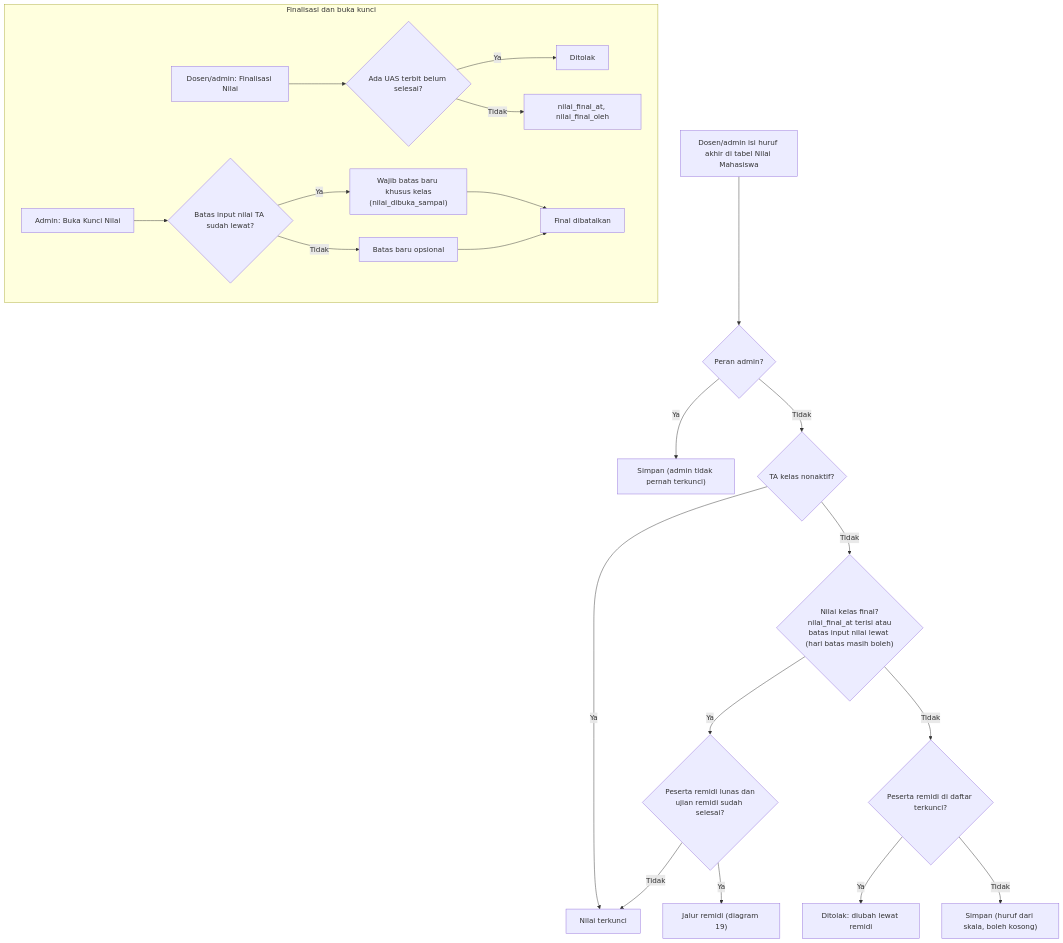
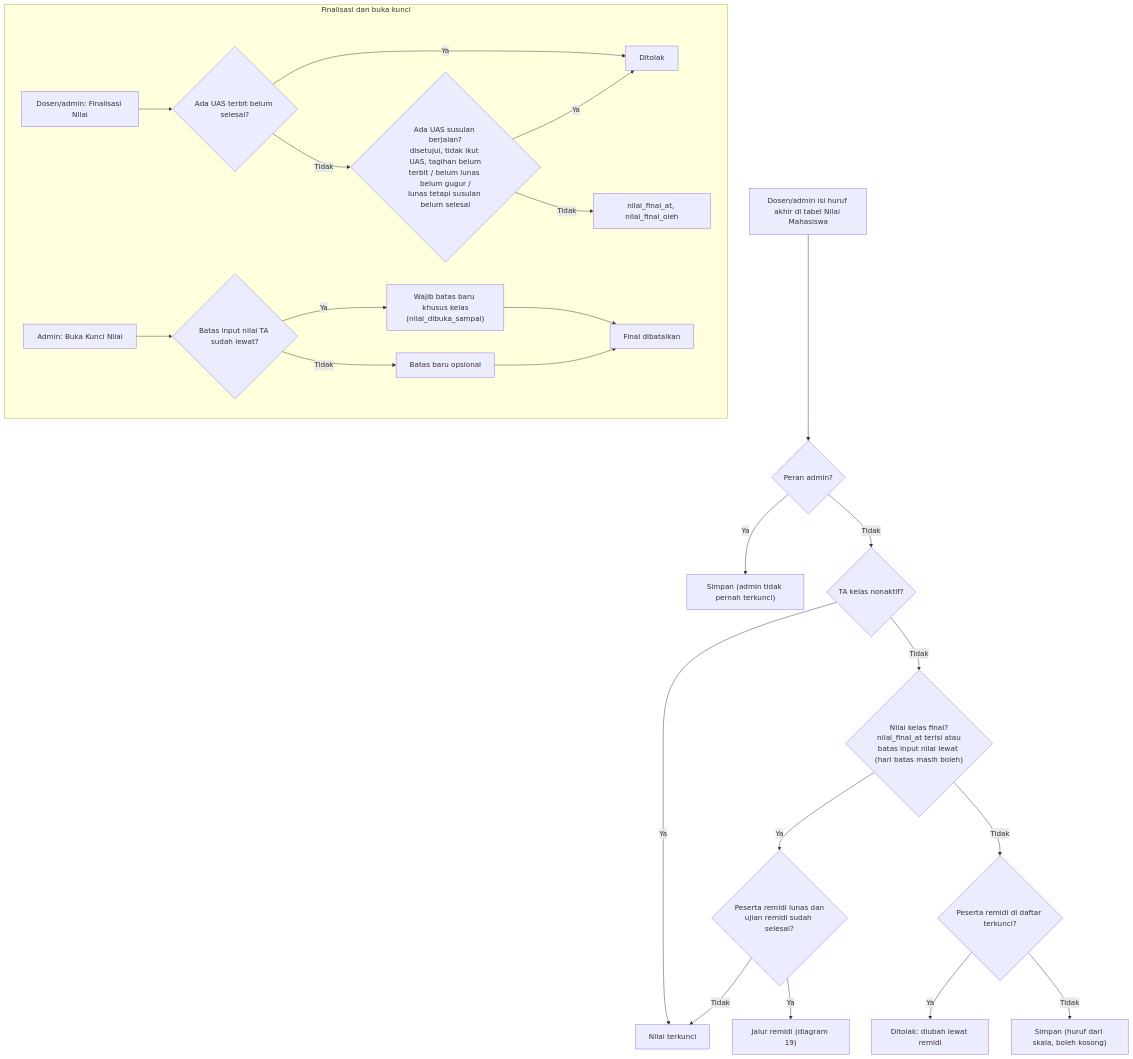
One commit to Velocity-Developer/sia-vd changed diagram 16 of 24 in docs/system-flowchart.md. Above: the diagram before and after it, drawn with Mermaid. The commit also changed other lines of this file and 3 other files, not shown here.

Commit message:
docs: alur & flowchart ujian susulan

````diff
--- a/docs/system-flowchart.md
+++ b/docs/system-flowchart.md
@@ -437,25 +441,27 @@
 ```mermaid
 flowchart TD
     A["Dosen/admin isi huruf akhir di tabel Nilai Mahasiswa"] --> B{"Peran admin?"}
     B -- Ya --> Z["Simpan (admin tidak pernah terkunci)"]
     B -- Tidak --> C{"TA kelas nonaktif?"}
     C -- Ya --> X["Nilai terkunci"]
     C -- Tidak --> D{"Nilai kelas final?<br/>nilai_final_at terisi atau<br/>batas input nilai lewat (hari batas masih boleh)"}
     D -- Ya --> R{"Peserta remidi lunas dan<br/>ujian remidi sudah selesai?"}
     R -- Ya --> RR["Jalur remidi (diagram 19)"]
     R -- Tidak --> X
     D -- Tidak --> P{"Peserta remidi di daftar terkunci?"}
     P -- Ya --> X2["Ditolak: diubah lewat remidi"]
     P -- Tidak --> Z2["Simpan (huruf dari skala, boleh kosong)"]
 
     subgraph Final["Finalisasi dan buka kunci"]
         F1["Dosen/admin: Finalisasi Nilai"] --> F2{"Ada UAS terbit belum selesai?"}
         F2 -- Ya --> F3["Ditolak"]
-        F2 -- Tidak --> F4["nilai_final_at, nilai_final_oleh"]
+        F2 -- Tidak --> F5{"Ada UAS susulan berjalan?<br/>disetujui, tidak ikut UAS, tagihan belum<br/>terbit / belum lunas belum gugur /<br/>lunas tetapi susulan belum selesai"}
+        F5 -- Ya --> F3
+        F5 -- Tidak --> F4["nilai_final_at, nilai_final_oleh"]
         G1["Admin: Buka Kunci Nilai"] --> G2{"Batas input nilai TA sudah lewat?"}
         G2 -- Ya --> G3["Wajib batas baru khusus kelas<br/>(nilai_dibuka_sampai)"]
         G2 -- Tidak --> G4["Batas baru opsional"]
         G3 --> G5["Final dibatalkan"]
         G4 --> G5
     end
 ```
````
